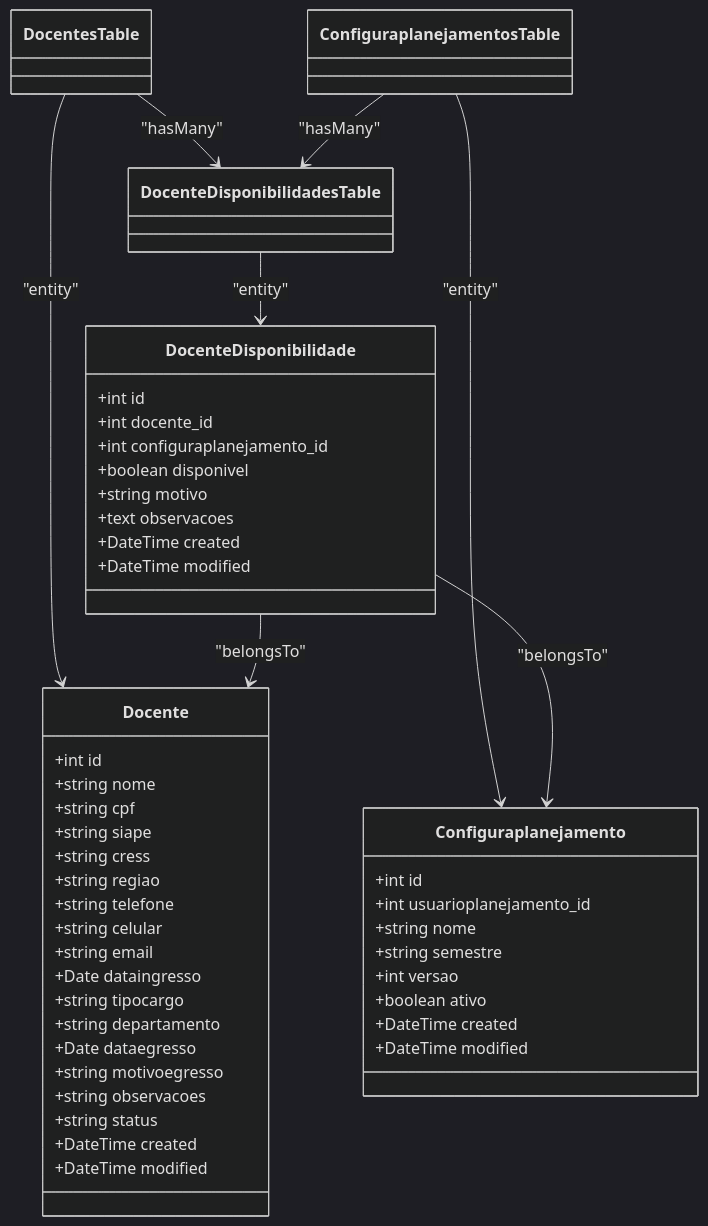
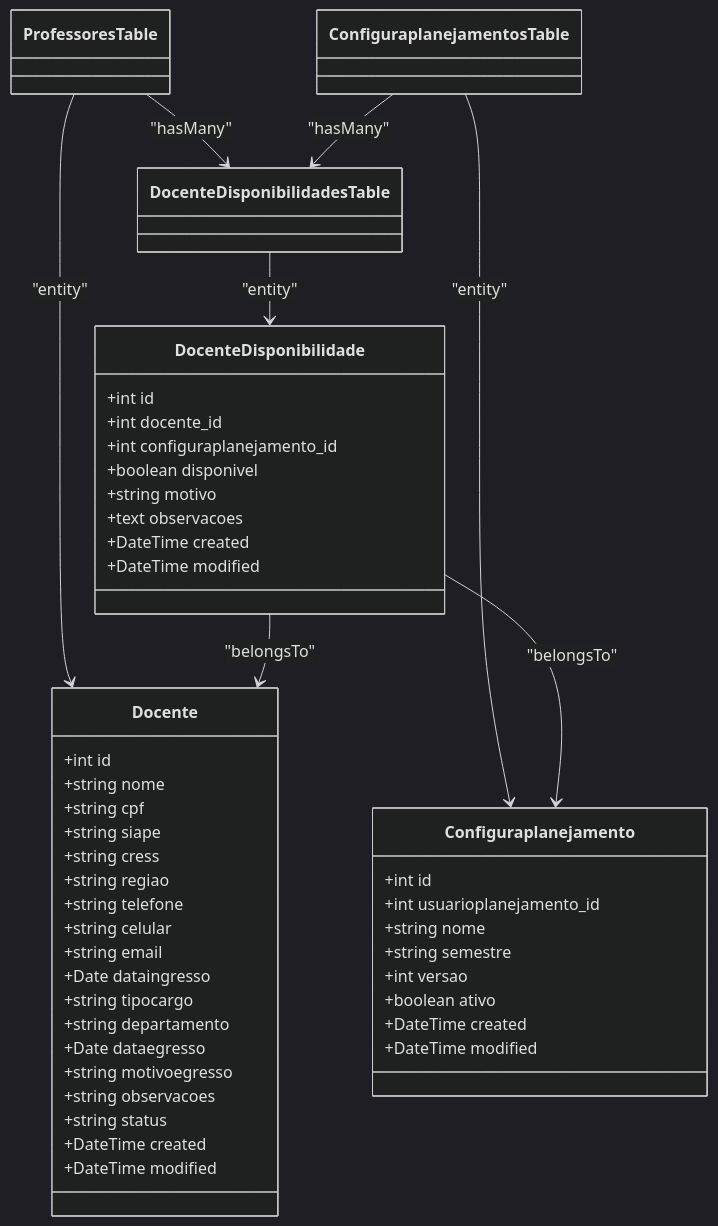
The third of 6 diagrams in .qoder/repowiki/en/content/Core Features/Faculty Management/Faculty Management.md (luiseduacosta/planejamento5), drawn with Mermaid (dark theme) before and after one commit. The commit also changed other lines of this file and 37 other files, not shown here.

Commit message:
repowiki: rename Docentes → Professores in metadata

````diff
--- a/.qoder/repowiki/en/content/Core Features/Faculty Management/Faculty Management.md
+++ b/.qoder/repowiki/en/content/Core Features/Faculty Management/Faculty Management.md
@@ -265,53 +265,53 @@
 ```mermaid
 classDiagram
 class Docente {
 +int id
 +string nome
 +string cpf
 +string siape
 +string cress
 +string regiao
 +string telefone
 +string celular
 +string email
 +Date dataingresso
 +string tipocargo
 +string departamento
 +Date dataegresso
 +string motivoegresso
 +string observacoes
 +string status
 +DateTime created
 +DateTime modified
 }
 class DocenteDisponibilidade {
 +int id
 +int docente_id
 +int configuraplanejamento_id
 +boolean disponivel
 +string motivo
 +text observacoes
 +DateTime created
 +DateTime modified
 }
 class Configuraplanejamento {
 +int id
 +int usuarioplanejamento_id
 +string nome
 +string semestre
 +int versao
 +boolean ativo
 +DateTime created
 +DateTime modified
 }
-class DocentesTable
+class ProfessoresTable
 class DocenteDisponibilidadesTable
 class ConfiguraplanejamentosTable
-DocentesTable --> Docente : "entity"
+ProfessoresTable --> Docente : "entity"
 DocenteDisponibilidadesTable --> DocenteDisponibilidade : "entity"
 ConfiguraplanejamentosTable --> Configuraplanejamento : "entity"
 DocenteDisponibilidade --> Docente : "belongsTo"
 DocenteDisponibilidade --> Configuraplanejamento : "belongsTo"
-DocentesTable --> DocenteDisponibilidadesTable : "hasMany"
+ProfessoresTable --> DocenteDisponibilidadesTable : "hasMany"
 ConfiguraplanejamentosTable --> DocenteDisponibilidadesTable : "hasMany"
 ```
````
